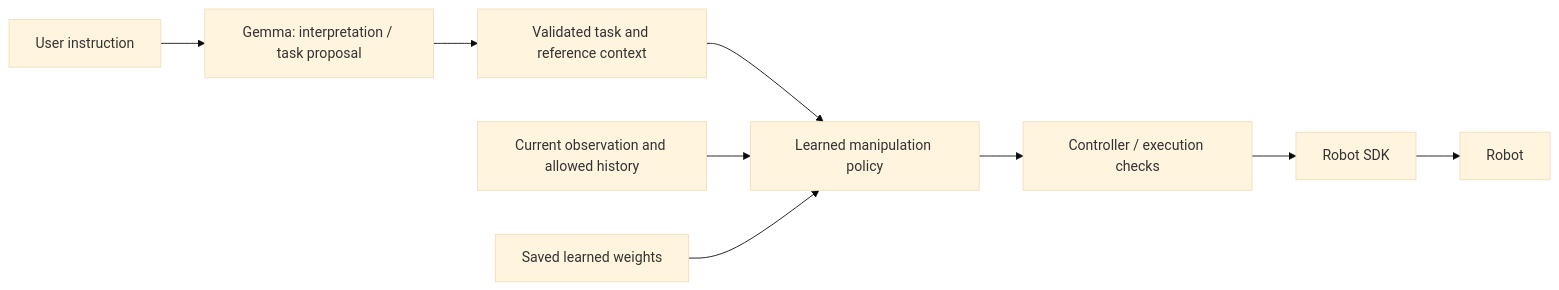
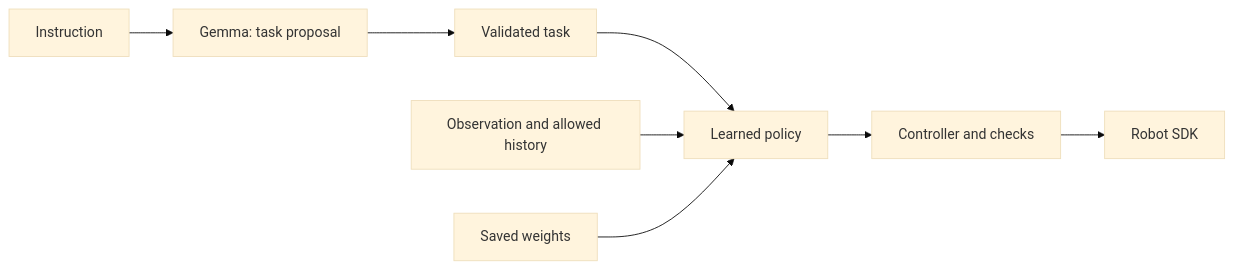
The diagram in docs/TECHNICAL_GUIDE.md (dreaminglizard/llm-driven-robot-policy-learning), drawn with Mermaid (base theme) before and after one commit. The commit also changed other lines of this file, not shown here.

````diff
--- a/docs/TECHNICAL_GUIDE.md
+++ b/docs/TECHNICAL_GUIDE.md
@@ -55,11 +7,10 @@
 ```mermaid
 flowchart LR
-    U["User instruction"] --> G["Gemma: interpretation / task proposal"]
-    G --> V["Validated task and reference context"]
-    V --> P["Learned manipulation policy"]
-    O["Current observation and allowed history"] --> P
-    W["Saved learned weights"] --> P
-    P --> C["Controller / execution checks"]
+    U["Instruction"] --> G["Gemma: task proposal"]
+    G --> V["Validated task"]
+    V --> P["Learned policy"]
+    O["Observation and allowed history"] --> P
+    W["Saved weights"] --> P
+    P --> C["Controller and checks"]
     C --> S["Robot SDK"]
-    S --> R["Robot"]
 ```
````
